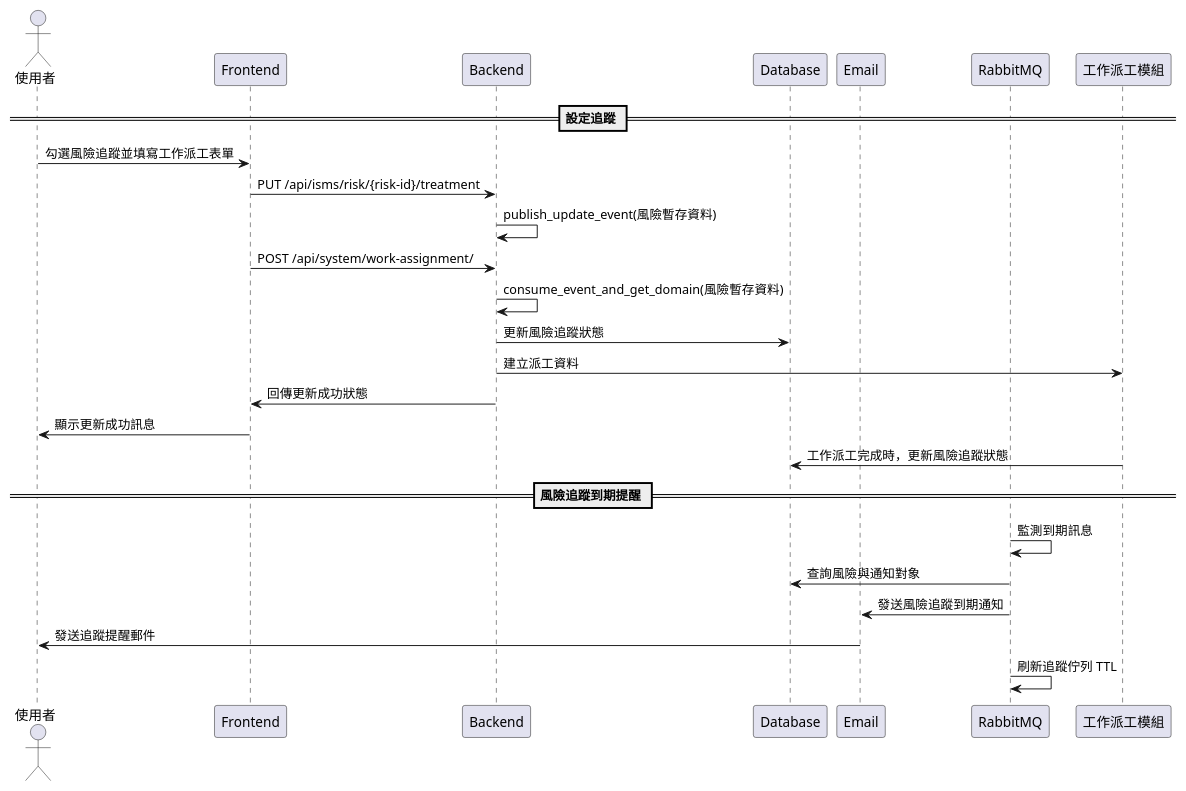
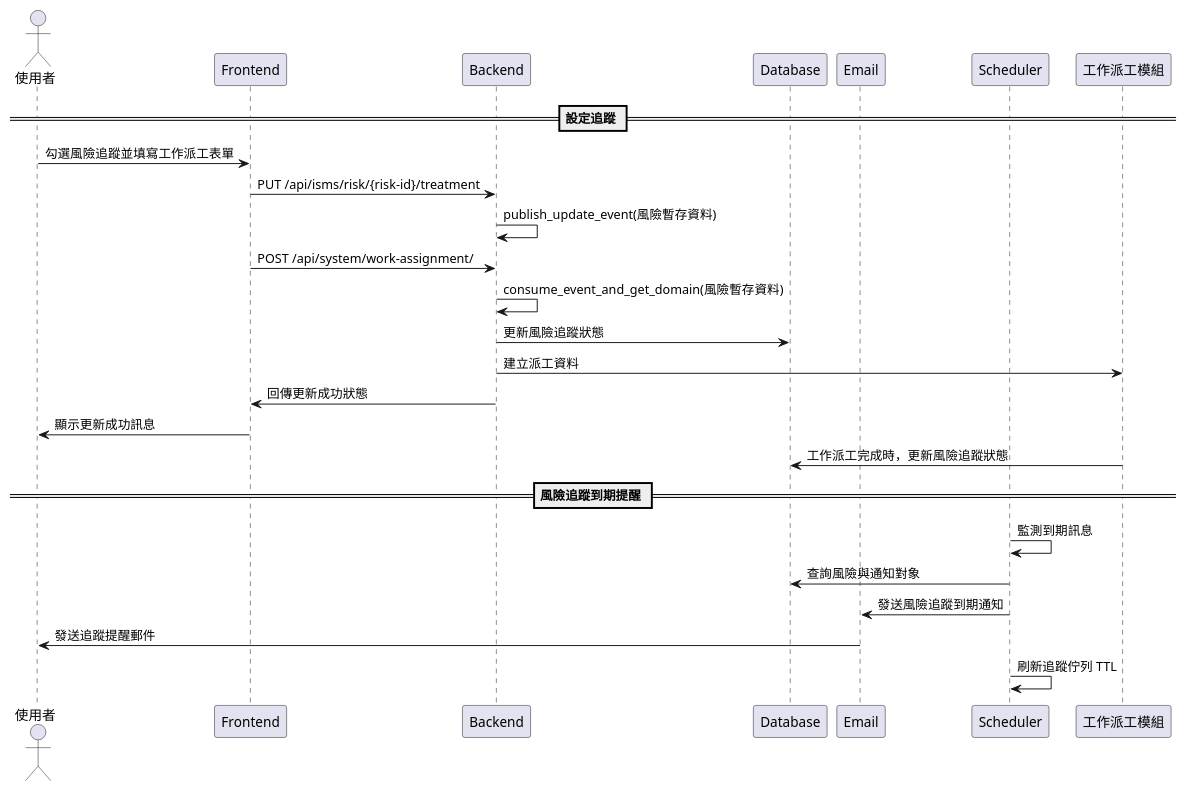
One commit to walle45611/NTUB_SecuManag_Diagram changed the diagram in plantUML/sequence/risk_tracking.puml. Above: the diagram before and after it, drawn with PlantUML.

Commit message:
modify: 將風險追蹤到期提醒中的 Queue 參與者更改為 Scheduler

```diff
--- a/plantUML/sequence/risk_tracking.puml
+++ b/plantUML/sequence/risk_tracking.puml
@@ -1,30 +1,30 @@
 @startuml
 
 actor User as "使用者"
 participant Frontend
 participant Backend
 participant Database
 participant Email
-participant Queue as "RabbitMQ"
+participant Scheduler
 participant "工作派工模組" as WorkAssignmentModule
 
 == 設定追蹤 ==
 User -> Frontend: 勾選風險追蹤並填寫工作派工表單
 Frontend -> Backend: PUT /api/isms/risk/{risk-id}/treatment
 Backend -> Backend: publish_update_event(風險暫存資料)
 Frontend -> Backend: POST /api/system/work-assignment/
 Backend -> Backend: consume_event_and_get_domain(風險暫存資料)
 Backend -> Database: 更新風險追蹤狀態
 Backend -> WorkAssignmentModule: 建立派工資料
 Backend -> Frontend: 回傳更新成功狀態
 Frontend -> User: 顯示更新成功訊息
 WorkAssignmentModule -> Database: 工作派工完成時，更新風險追蹤狀態
 
 == 風險追蹤到期提醒 ==
-Queue -> Queue: 監測到期訊息
-Queue -> Database: 查詢風險與通知對象
-Queue -> Email: 發送風險追蹤到期通知
+Scheduler -> Scheduler: 監測到期訊息
+Scheduler -> Database: 查詢風險與通知對象
+Scheduler -> Email: 發送風險追蹤到期通知
 Email -> User: 發送追蹤提醒郵件
-Queue -> Queue: 刷新追蹤佇列 TTL
+Scheduler -> Scheduler: 刷新追蹤佇列 TTL
 
 @enduml
```
